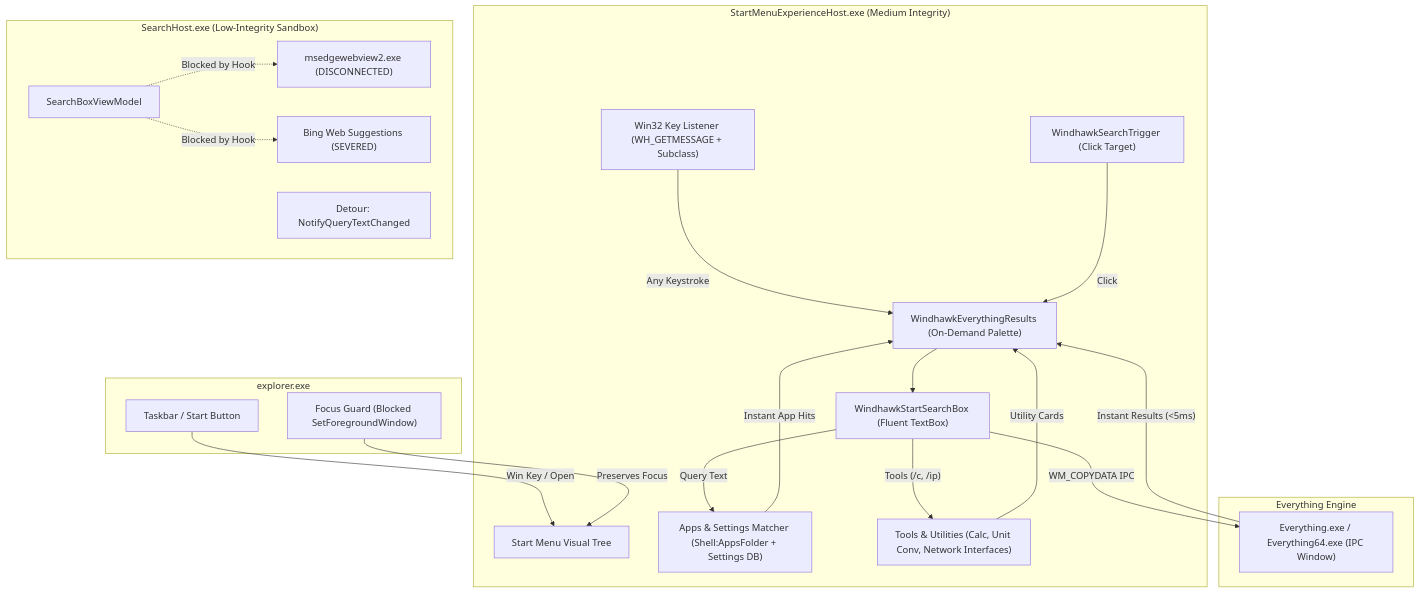
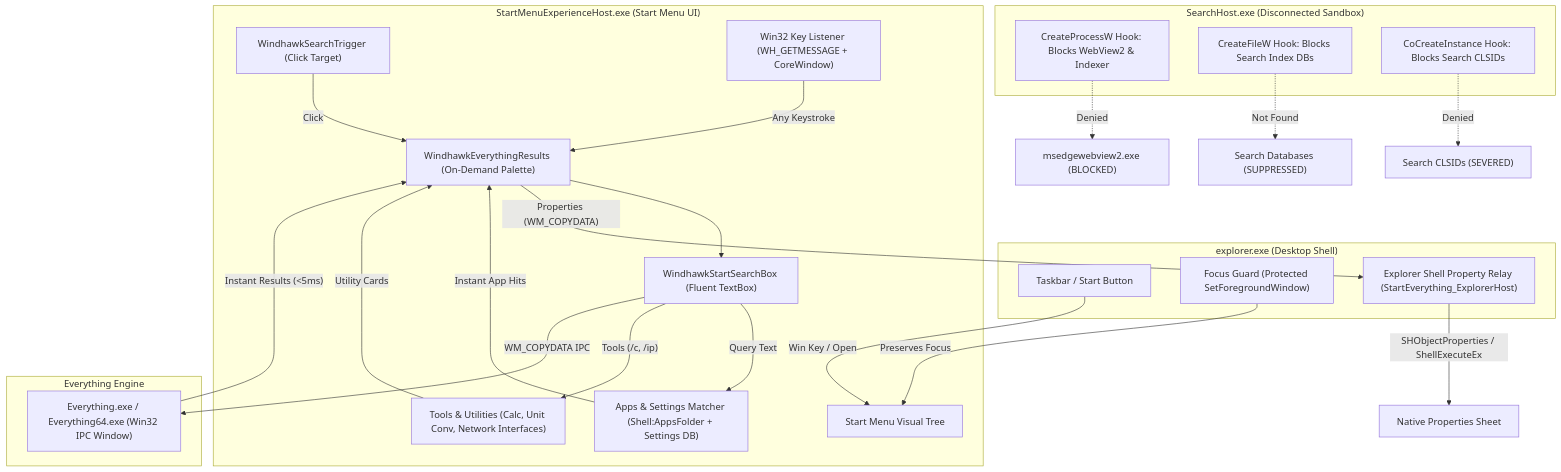
The diagram in README.md (bardelyne/start-everything), drawn with Mermaid before and after one commit. The commit also changed other lines of this file and 1 other file, not shown here.

Commit message:
Update README and mod readme with Explorer shell relay, context menu features, and pinning note

````diff
--- a/README.md
+++ b/README.md
@@ -33,43 +33,47 @@
 ```mermaid
 graph TD
-    subgraph Explorer_Process ["explorer.exe"]
+    subgraph Explorer_Process ["explorer.exe (Desktop Shell)"]
         T["Taskbar / Start Button"]
-        FOC["Focus Guard (Blocked SetForegroundWindow)"]
+        FOC["Focus Guard (Protected SetForegroundWindow)"]
+        PROP["Explorer Shell Property Relay (StartEverything_ExplorerHost)"]
     end
 
-    subgraph Start_Menu ["StartMenuExperienceHost.exe (Medium Integrity)"]
+    subgraph Start_Menu ["StartMenuExperienceHost.exe (Start Menu UI)"]
         SM["Start Menu Visual Tree"]
         TRIG["WindhawkSearchTrigger (Click Target)"]
         PAL["WindhawkEverythingResults (On-Demand Palette)"]
         BOX["WindhawkStartSearchBox (Fluent TextBox)"]
-        KL["Win32 Key Listener (WH_GETMESSAGE + Subclass)"]
+        KL["Win32 Key Listener (WH_GETMESSAGE + CoreWindow)"]
         APPS["Apps & Settings Matcher (Shell:AppsFolder + Settings DB)"]
         TOOLS["Tools & Utilities (Calc, Unit Conv, Network Interfaces)"]
     end
 
-    subgraph Search_Host ["SearchHost.exe (Low-Integrity Sandbox)"]
-        VM["SearchBoxViewModel"]
-        HOOK["Detour: NotifyQueryTextChanged"]
-        WV["msedgewebview2.exe (DISCONNECTED)"]
-        BING["Bing Web Suggestions (SEVERED)"]
+    subgraph Search_Host ["SearchHost.exe (Disconnected Sandbox)"]
+        WV_HOOK["CreateProcessW Hook: Blocks WebView2 & Indexer"]
+        DB_HOOK["CreateFileW Hook: Blocks Search Index DBs"]
+        COM_HOOK["CoCreateInstance Hook: Blocks Search CLSIDs"]
     end
 
     subgraph Everything_Engine ["Everything Engine"]
-        EV["Everything.exe / Everything64.exe (IPC Window)"]
+        EV["Everything.exe / Everything64.exe (Win32 IPC Window)"]
     end
 
     T -->|"Win Key / Open"| SM
     KL -->|"Any Keystroke"| PAL
     TRIG -->|"Click"| PAL
     PAL --> BOX
     BOX -->|"Query Text"| APPS
     BOX -->|"Tools (/c, /ip)"| TOOLS
     BOX -->|"WM_COPYDATA IPC"| EV
     EV -->|"Instant Results (<5ms)"| PAL
     APPS -->|"Instant App Hits"| PAL
     TOOLS -->|"Utility Cards"| PAL
 
-    VM -.->|"Blocked by Hook"| WV
-    VM -.->|"Blocked by Hook"| BING
     FOC -->|"Preserves Focus"| SM
+    PAL -->|"Properties (WM_COPYDATA)"| PROP
+    PROP -->|"SHObjectProperties / ShellExecuteEx"| DESK["Native Properties Sheet"]
+
+    WV_HOOK -.->|"Denied"| WV["msedgewebview2.exe (BLOCKED)"]
+    DB_HOOK -.->|"Not Found"| DB["Search Databases (SUPPRESSED)"]
+    COM_HOOK -.->|"Denied"| CLSID["Search CLSIDs (SEVERED)"]
 ```
````
